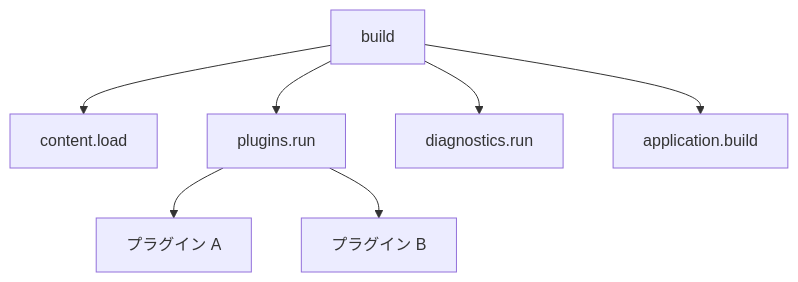
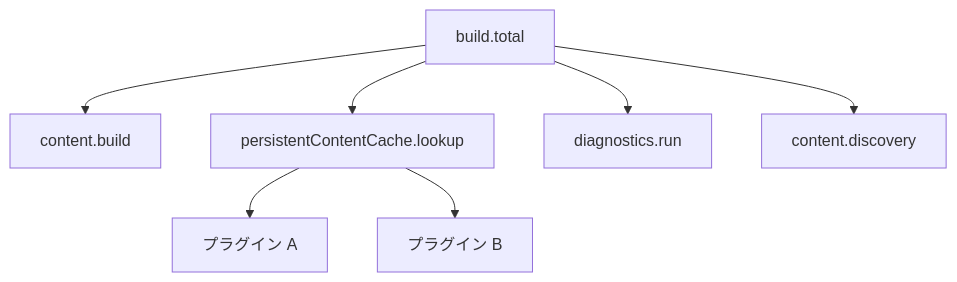
Before and after one commit to Rerurate514/riebeckite: the second of 5 diagrams in docs/docs/framework/observability.ja.md, drawn with Mermaid. The commit also changed other lines of this file and 14 other files, not shown here.

````diff
--- a/docs/docs/framework/observability.ja.md
+++ b/docs/docs/framework/observability.ja.md
@@ -46,11 +46,11 @@
 ```mermaid
 flowchart TD
-    B["build"]
-    B --> C["content.load"]
-    B --> P["plugins.run"]
+    B["build.total"]
+    B --> C["content.build"]
+    B --> P["persistentContentCache.lookup"]
     B --> D["diagnostics.run"]
-    B --> A["application.build"]
+    B --> A["content.discovery"]
 
     P --> P1["プラグイン A"]
     P --> P2["プラグイン B"]
 ```
````
